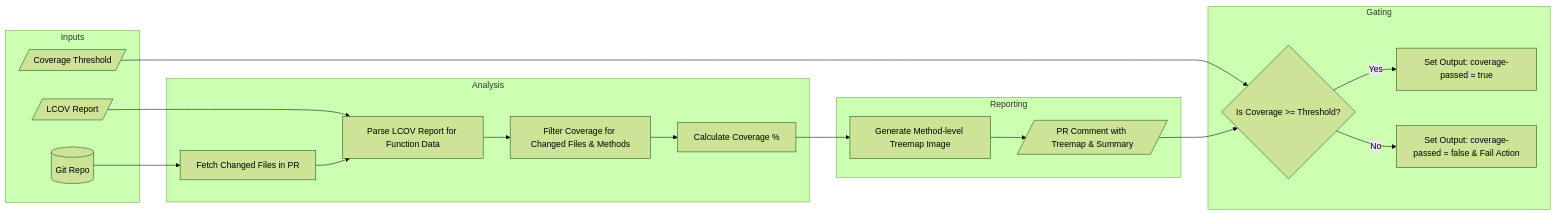
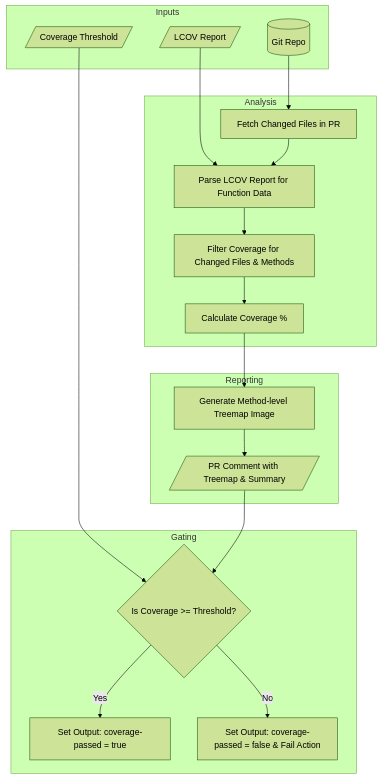
Before and after one commit to maxbirkner/coveragemap: the diagram in README.md, drawn with Mermaid (forest theme).

````diff
--- a/README.md
+++ b/README.md
@@ -37,38 +37,33 @@
 ```mermaid
-flowchart LR
+flowchart TD
   subgraph Inputs
     A1[/LCOV Report/]
     A2[/Coverage Threshold/]
     A3[(Git Repo)]
   end
 
   subgraph Analysis
     B[Fetch Changed Files in PR]
     C[Parse LCOV Report for Function Data]
     D[Filter Coverage for Changed Files & Methods]
     E[Calculate Coverage %]
   end
 
   subgraph Reporting
     F[Generate Method-level Treemap Image]
     G[/PR Comment with Treemap & Summary/]
   end
 
   subgraph Gating
     H{Is Coverage >= Threshold?}
     I[Set Output: coverage-passed = true]
     J[Set Output: coverage-passed = false & Fail Action]
   end
 
   A1 --> C
   A2 --> H
   A3 --> B
   B --> C --> D --> E --> F --> G --> H
   H -- Yes --> I
   H -- No --> J
-
-  %% Shapes legend:
-  %% /Parallelogram/ = Input/Output, (Cylinder) = Database/Git repo
-  %% G is the output parallelogram (PR comment with treemap)
-  %% A3 is the cylindrical Git repo node
 ```
````
